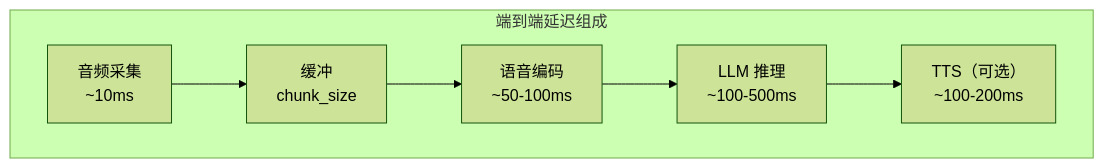
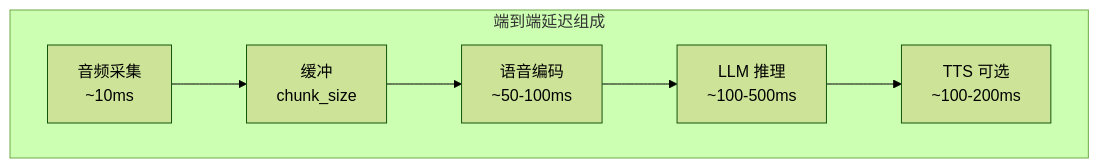
One commit to jpixy/jpixy.github.io changed the eighth of 17 diagrams in content/articles/ai-infra/infra-11-多模态LLM推理优化.md. Above: the diagram before and after it, drawn with Mermaid (forest theme). The commit also changed other lines of this file and 66 other files, not shown here.

Commit message:
fix: resolve Mermaid syntax errors by removing parentheses in node labels

````diff
--- a/content/articles/ai-infra/infra-11-多模态LLM推理优化.md
+++ b/content/articles/ai-infra/infra-11-多模态LLM推理优化.md
@@ -287,12 +287,12 @@
 ```mermaid
 graph TB
     subgraph "端到端延迟组成"
         A["音频采集<br/>~10ms"]
         B["缓冲<br/>chunk_size"]
         C["语音编码<br/>~50-100ms"]
         D["LLM 推理<br/>~100-500ms"]
-        E["TTS（可选）<br/>~100-200ms"]
+        E["TTS 可选<br/>~100-200ms"]
     end
     
     A --> B --> C --> D --> E
 ```
````
